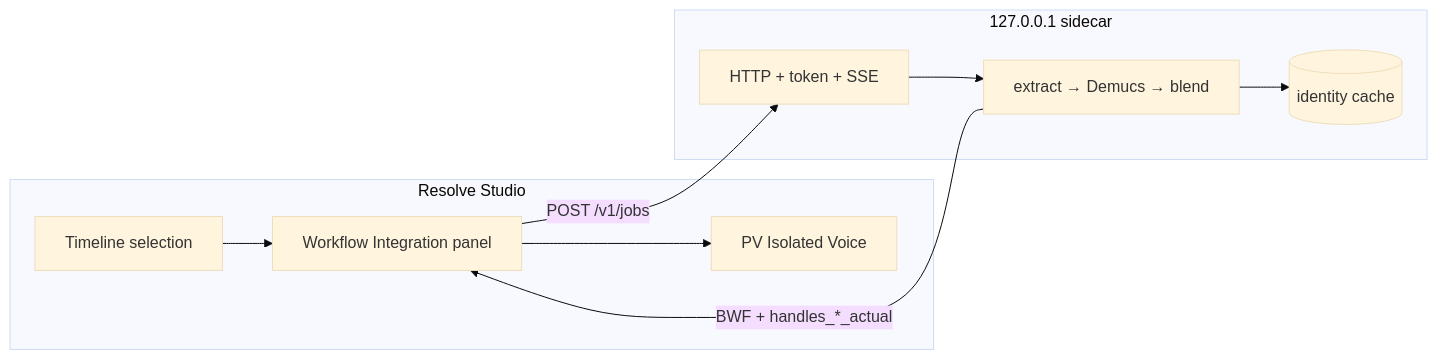
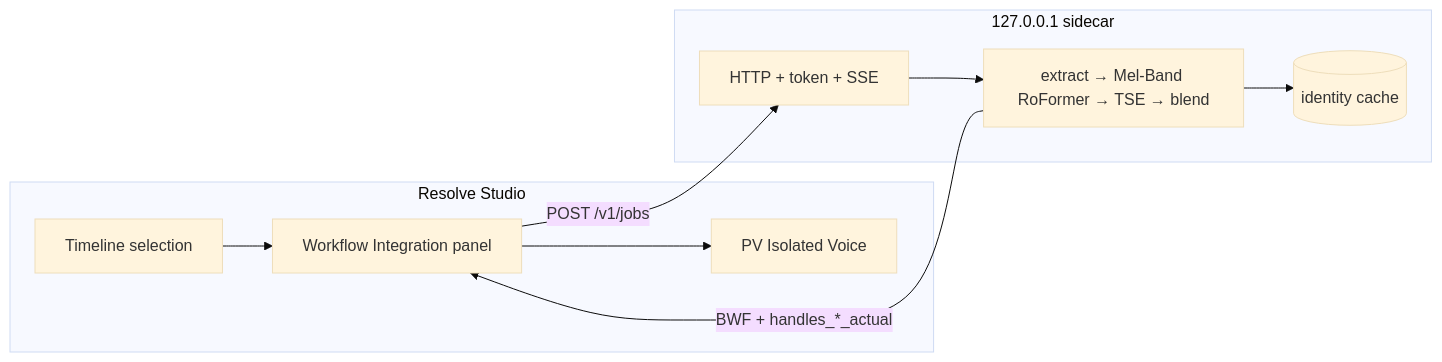
Before and after one commit to nnthinh/PerfectVoiceOFX: the diagram in README.md, drawn with Mermaid (base theme). The commit also changed other lines of this file and 2 other files, not shown here.

Commit message:
docs: Refactor documentation across repo to match Mel-Band RoFormer & TSE 2-Pass pipeline

````diff
--- a/README.md
+++ b/README.md
@@ -95,17 +93,17 @@
 ```mermaid
 flowchart LR
   subgraph Resolve Studio
     TL[Timeline selection]
     WI[Workflow Integration panel]
     TR[PV Isolated Voice]
   end
   subgraph Sidecar["127.0.0.1 sidecar"]
     API["HTTP + token + SSE"]
-    PIPE[extract → Demucs → blend]
+    PIPE[extract → Mel-Band RoFormer → TSE → blend]
     CACHE[(identity cache)]
   end
   TL --> WI
   WI -->|POST /v1/jobs| API --> PIPE
   PIPE --> CACHE
   PIPE -->|BWF + handles_*_actual| WI --> TR
 ```
````
